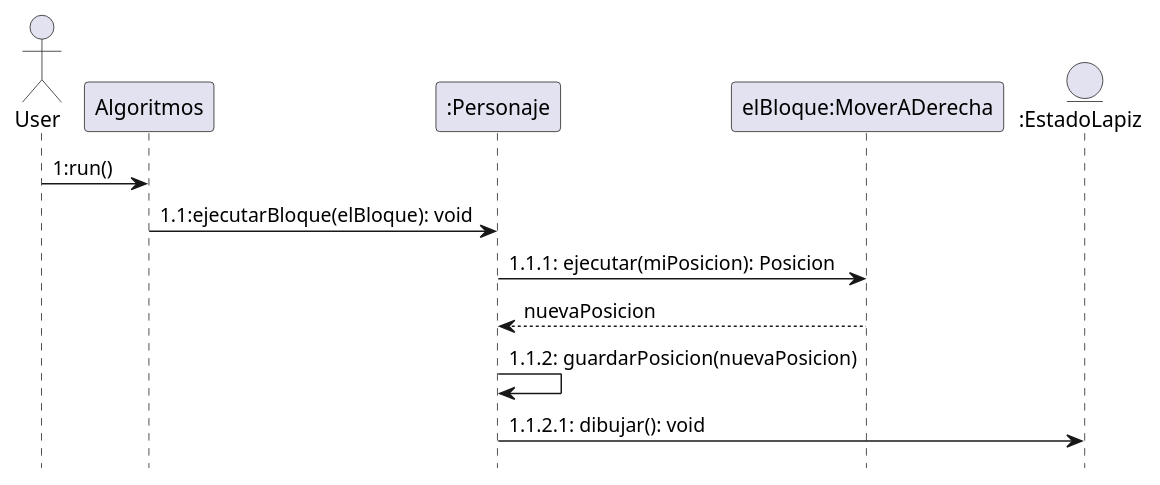
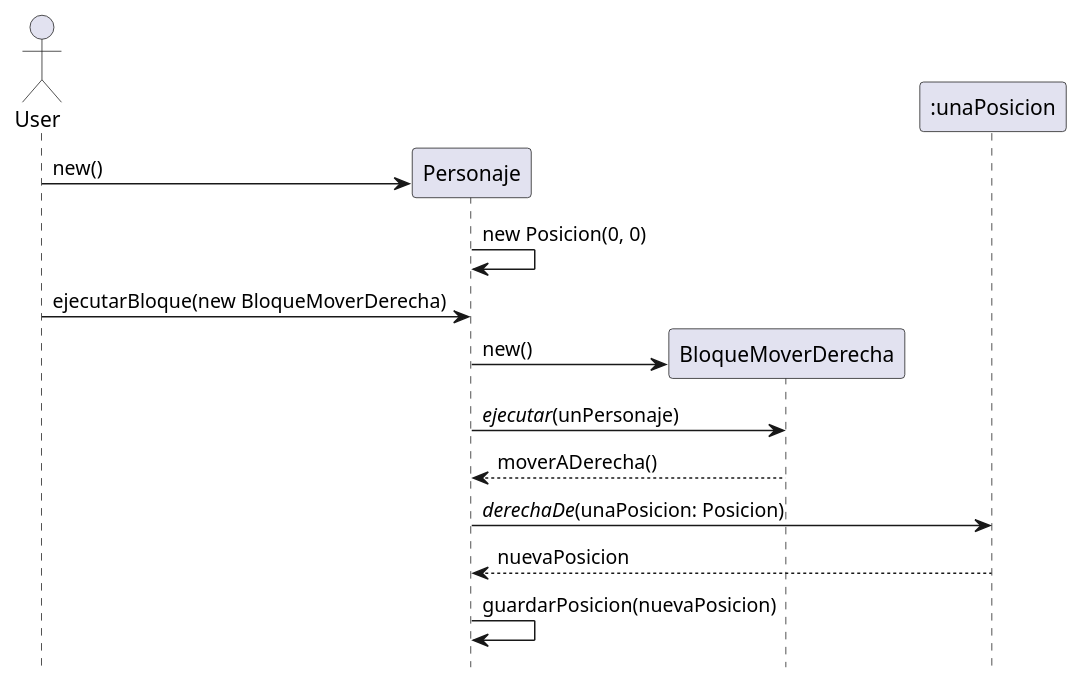
One commit to Lescalante14/Tp2-Algoritmos3-AlgoBlocks changed the diagram in src/main/diagramas/SD_Algoritmo_mover_a_derecha.puml. Above: the diagram before and after it, drawn with PlantUML. The commit also changed 4 other files, not shown here.

Commit message:
Diagramas de secuencia

```diff
--- a/src/main/diagramas/SD_Algoritmo_mover_a_derecha.puml
+++ b/src/main/diagramas/SD_Algoritmo_mover_a_derecha.puml
@@ -1,20 +1,25 @@
 @startuml
 
 actor User
 hide footbox
+create Personaje
+User -> Personaje: new()
+Personaje -> Personaje: new Posicion(0, 0)
 
-User -> Algoritmos: 1:run()
 
-Algoritmos -> ":Personaje": 1.1:ejecutarBloque(elBloque): void
+User -> Personaje: ejecutarBloque(new BloqueMoverDerecha)
+create BloqueMoverDerecha
+Personaje -> BloqueMoverDerecha: new()
 
-":Personaje" -> "elBloque:MoverADerecha": 1.1.1: ejecutar(miPosicion): Posicion
+Personaje -> BloqueMoverDerecha:  //ejecutar//(unPersonaje)
 
-"elBloque:MoverADerecha" --> ":Personaje": nuevaPosicion
+BloqueMoverDerecha --> Personaje: moverADerecha()
 
-":Personaje" -> ":Personaje": 1.1.2: guardarPosicion(nuevaPosicion)
+Personaje -> ":unaPosicion": //derechaDe//(unaPosicion: Posicion)
 
-entity ":EstadoLapiz"
+":unaPosicion" --> Personaje: nuevaPosicion
 
-":Personaje" -> ":EstadoLapiz": 1.1.2.1: dibujar(): void
+Personaje -> Personaje: guardarPosicion(nuevaPosicion)
+
 
 @enduml
```
